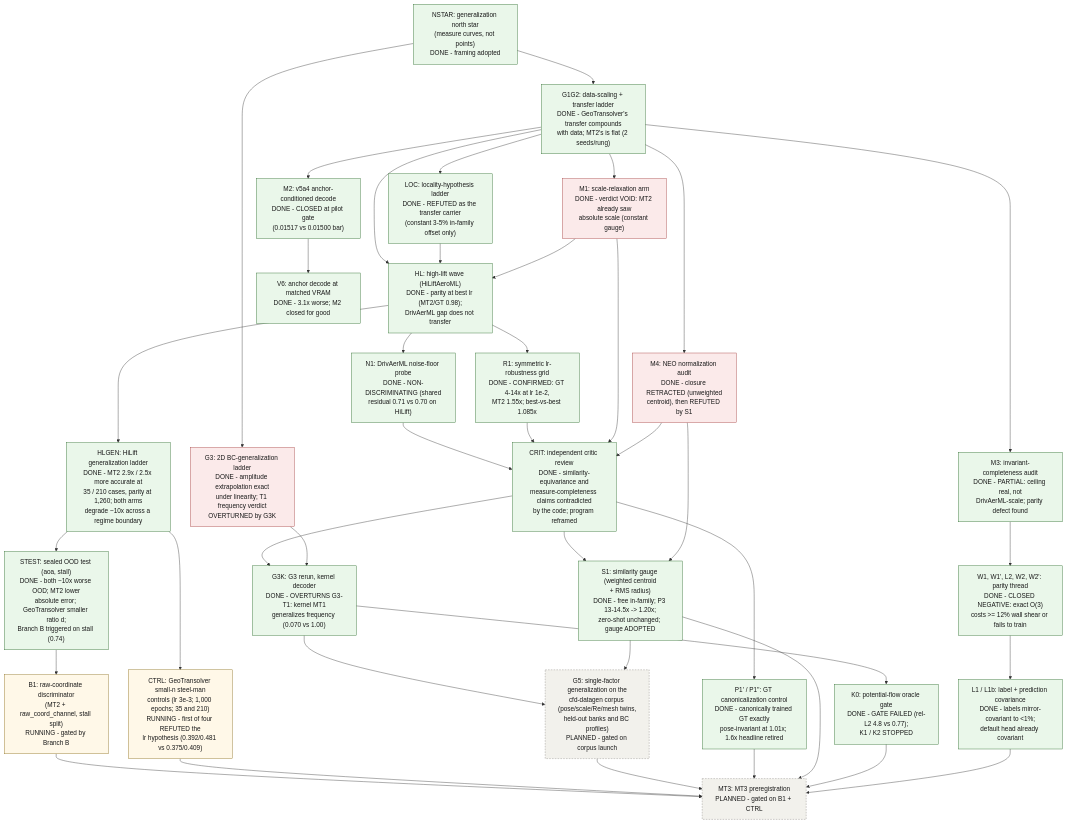
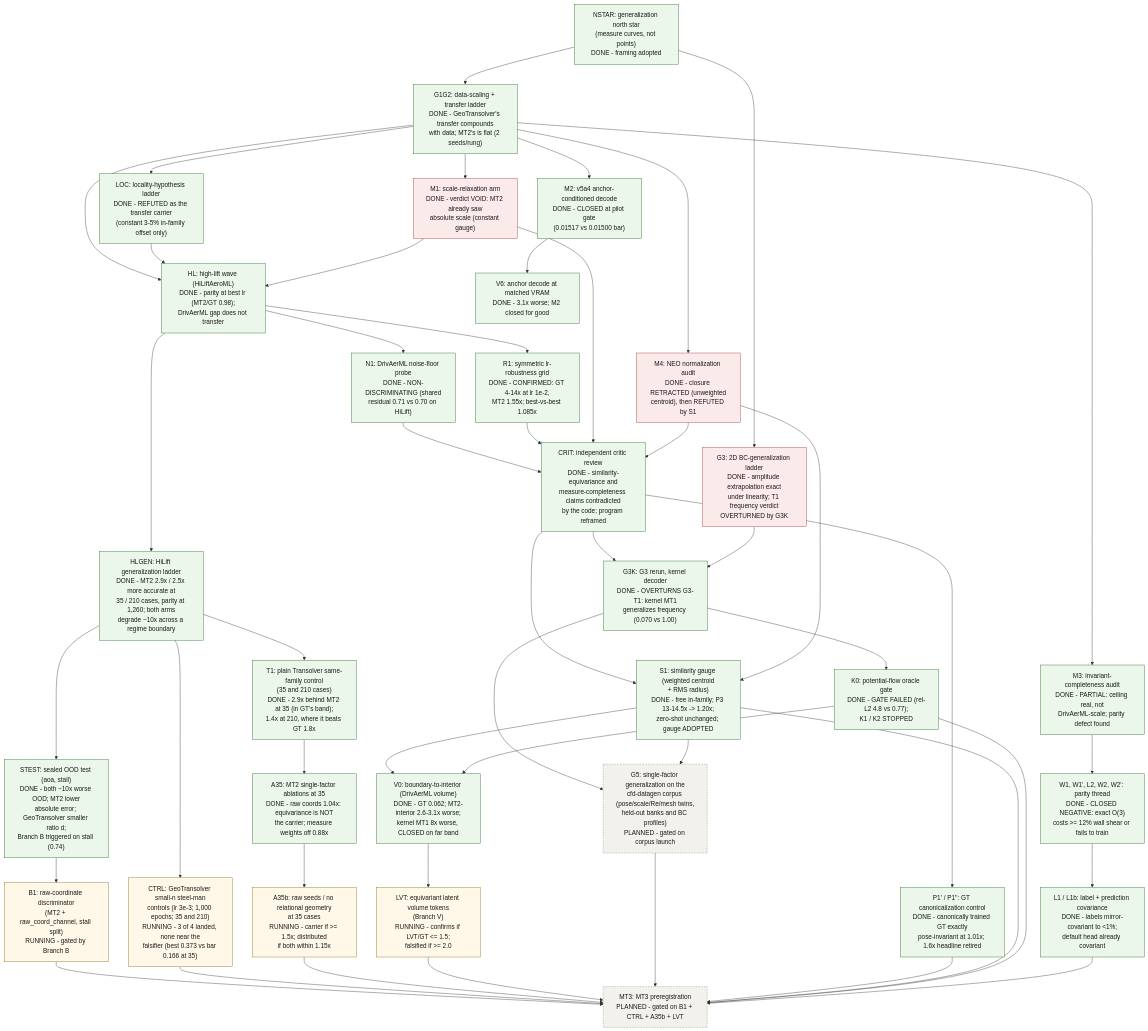
The diagram in examples/cfd/mesh_transformer/book/index.qmd (peterdsharpe/physicsnemo), drawn with Mermaid before and after one commit. The commit also changed other lines of this file and 3 other files, not shown here.

Commit message:
Notebook: T1 210-case verdict (Transolver 0.091, 1.4x MT2, 1.8x better than GT); hero figure gains Transolver series; tech tree adds T1/A35/A35b/V0/LVT nodes; fix duplicate t1-verdict anchor

```diff
--- a/examples/cfd/mesh_transformer/book/index.qmd
+++ b/examples/cfd/mesh_transformer/book/index.qmd
@@ -529,10 +529,15 @@
     P1C["P1' / P1'': GT canonicalization control<br/>DONE - canonically trained GT exactly<br/>pose-invariant at 1.01x; 1.6x headline retired"]:::done
     S1["S1: similarity gauge (weighted centroid<br/>+ RMS radius)<br/>DONE - free in-family; P3 13-14.5x -> 1.20x;<br/>zero-shot unchanged; gauge ADOPTED"]:::done
     HLGEN["HLGEN: HiLift generalization ladder<br/>DONE - MT2 2.9x / 2.5x more accurate at<br/>35 / 210 cases, parity at 1,260; both arms<br/>degrade ~10x across a regime boundary"]:::done
-    CTRL["CTRL: GeoTransolver small-n steel-man<br/>controls (lr 3e-3; 1,000 epochs; 35 and 210)<br/>RUNNING - first of four REFUTED the<br/>lr hypothesis (0.392/0.481 vs 0.375/0.409)"]:::running
+    CTRL["CTRL: GeoTransolver small-n steel-man<br/>controls (lr 3e-3; 1,000 epochs; 35 and 210)<br/>RUNNING - 3 of 4 landed, none near the<br/>falsifier (best 0.373 vs bar 0.166 at 35)"]:::running
+    T1["T1: plain Transolver same-family control<br/>(35 and 210 cases)<br/>DONE - 2.9x behind MT2 at 35 (in GT's band);<br/>1.4x at 210, where it beats GT 1.8x"]:::done
+    A35["A35: MT2 single-factor ablations at 35<br/>DONE - raw coords 1.04x: equivariance is NOT<br/>the carrier; measure weights off 0.88x"]:::done
+    A35B["A35b: raw seeds / no relational geometry<br/>at 35 cases<br/>RUNNING - carrier if >= 1.5x; distributed<br/>if both within 1.15x"]:::running
+    V0["V0: boundary-to-interior (DrivAerML volume)<br/>DONE - GT 0.062; MT2-interior 2.6-3.1x worse;<br/>kernel MT1 8x worse, CLOSED on far band"]:::done
+    LVT["LVT: equivariant latent volume tokens<br/>(Branch V)<br/>RUNNING - confirms if LVT/GT <= 1.5;<br/>falsified if >= 2.0"]:::running
     STEST["STEST: sealed OOD test (aoa, stall)<br/>DONE - both ~10x worse OOD; MT2 lower<br/>absolute error; GeoTransolver smaller ratio d;<br/>Branch B triggered on stall (0.74)"]:::done
     B1["B1: raw-coordinate discriminator<br/>(MT2 + raw_coord_channel, stall split)<br/>RUNNING - gated by Branch B"]:::running
-    MT3["MT3: MT3 preregistration<br/>PLANNED - gated on B1 + CTRL"]:::planned
+    MT3["MT3: MT3 preregistration<br/>PLANNED - gated on B1 + CTRL + A35b + LVT"]:::planned
     G5["G5: single-factor generalization on the<br/>cfd-datagen corpus (pose/scale/Re/mesh twins,<br/>held-out banks and BC profiles)<br/>PLANNED - gated on corpus launch"]:::planned
 
     NSTAR --> G1G2
@@ -562,10 +567,18 @@
     M4 --> S1
     HL --> HLGEN
     HLGEN --> CTRL
+    HLGEN --> T1
+    T1 --> A35
+    A35 --> A35B
     HLGEN --> STEST
     STEST --> B1
+    S1 --> V0
+    K0 --> V0
+    V0 --> LVT
     B1 --> MT3
     CTRL --> MT3
+    A35B --> MT3
+    LVT --> MT3
     G3K --> G5
     S1 --> G5
     G5 --> MT3
```
